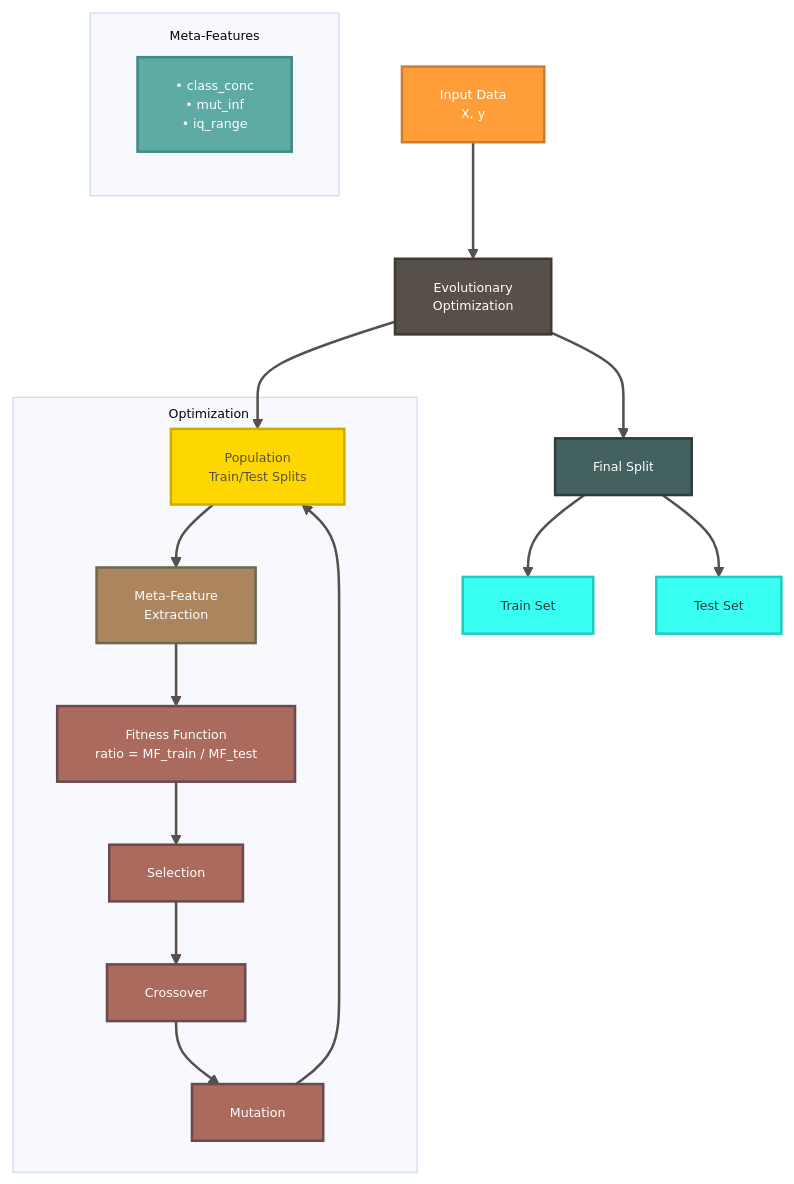
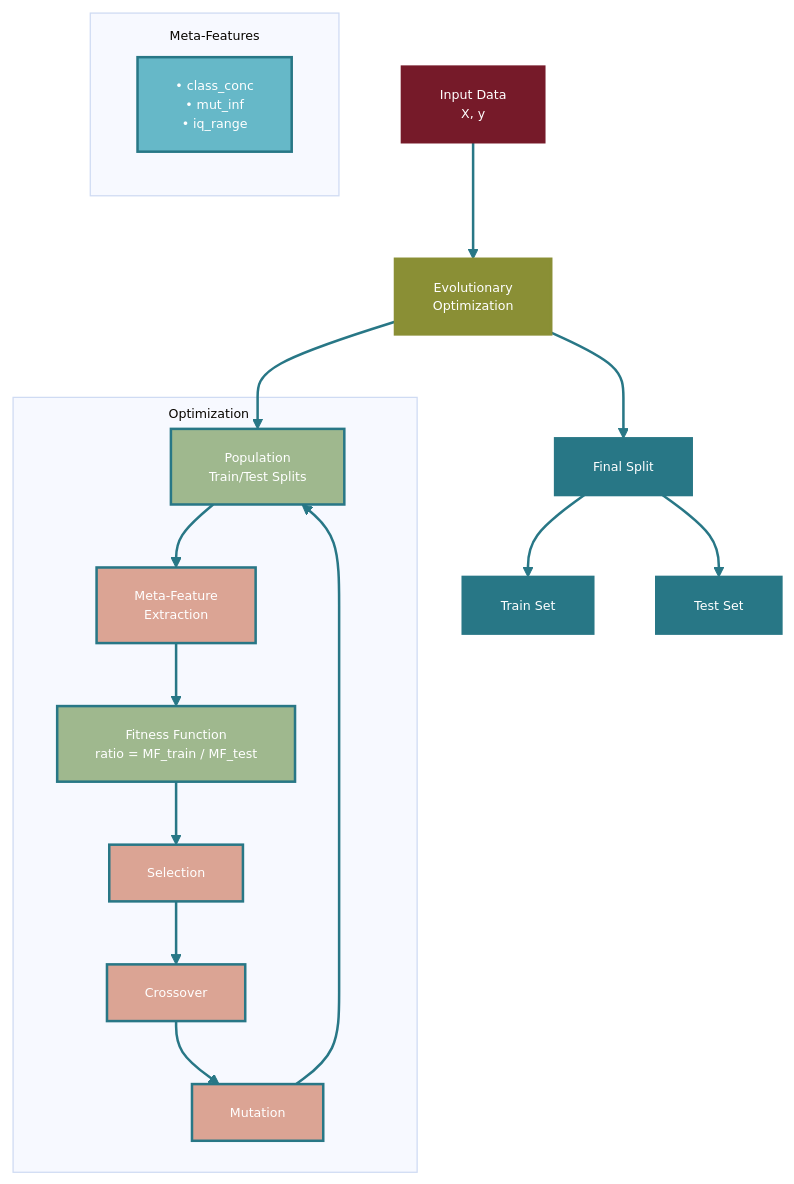
One commit to ITMO-NSS-team/OOD_Tab_Evaluation changed the first of 2 diagrams in README.md. Above: the diagram before and after it, drawn with Mermaid. The commit also changed other lines of this file, not shown here.

````diff
--- a/README.md
+++ b/README.md
@@ -54,37 +54,37 @@
 ```mermaid
 %%{init: {'theme': 'base', 'themeVariables': { 'fontSize': '10px' }}}%%
 graph TD
     A[Input Data<br/>X, y] --> C[Evolutionary<br/>Optimization]
     
     subgraph Meta-Features["<div style='text-align: center; margin-top: 10px;'>Meta-Features</div>"]
         D["• class_conc<br/>• mut_inf<br/>• iq_range"]
     end
     
     subgraph Optimization["<div style='text-align: right; margin-top: 5px; margin-right: 10px;'>Optimization</div>"]
         E["Population<br/>Train/Test Splits"] --> F["Meta-Feature<br/>Extraction"]
         F --> G["Fitness Function<br/>ratio = MF_train / MF_test"]
         G --> H["Selection"]
         H --> I["Crossover"]
         I --> J["Mutation"]
         J --> E
     end
     
     C --> E
     C --> K["Final Split"]
     K --> L["Train Set"] & M["Test Set"]
     
-    style A fill:#FF9E38,stroke:#CC7E2E,stroke-width:2px,color:#fff
-    style C fill:#57504A,stroke:#3D3A35,stroke-width:2px,color:#fff
-    style K fill:#43615F,stroke:#2A3F3D,stroke-width:2px,color:#fff
-    style L fill:#38FFF2,stroke:#1ECCC0,stroke-width:2px,color:#2A3F3D
-    style M fill:#38FFF2,stroke:#1ECCC0,stroke-width:2px,color:#2A3F3D
-    style D fill:#5EAAA5,stroke:#3E8A85,stroke-width:2px,color:#fff
-    style E fill:#FFD700,stroke:#CCAC00,stroke-width:2px,color:#57504A
-    style F fill:#AA855E,stroke:#6A6A4E,stroke-width:2px,color:#fff
-    style G fill:#AA6A5E,stroke:#6A4A4E,stroke-width:2px,color:#fff
-    style H fill:#AA6A5E,stroke:#6A4A4E,stroke-width:2px,color:#fff
-    style I fill:#AA6A5E,stroke:#6A4A4E,stroke-width:2px,color:#fff
-    style J fill:#AA6A5E,stroke:#6A4A4E,stroke-width:2px,color:#fff
+    style A fill:#761A29,stroke:#761A29,stroke-width:2px,color:#fff
+    style C fill:#8A8F35,stroke:#8A8F35,stroke-width:2px,color:#fff
+    style K fill:#287786,stroke:#287786,stroke-width:2px,color:#fff
+    style L fill:#287786,stroke:#287786,stroke-width:2px,color:#fff
+    style M fill:#287786,stroke:#287786,stroke-width:2px,color:#fff
+    style D fill:#66B8C8,stroke:#287786,stroke-width:2px,color:#fff
+    style E fill:#9FB88E,stroke:#287786,stroke-width:2px,color:#fff
+    style F fill:#DBA494,stroke:#287786,stroke-width:2px,color:#fff
+    style G fill:#9FB88E,stroke:#287786,stroke-width:2px,color:#fff
+    style H fill:#DBA494,stroke:#287786,stroke-width:2px,color:#fff
+    style I fill:#DBA494,stroke:#287786,stroke-width:2px,color:#fff
+    style J fill:#DBA494,stroke:#287786,stroke-width:2px,color:#fff
     
-    linkStyle default stroke:#57504A,stroke-width:2px
+    linkStyle default stroke:#287786,stroke-width:2px
 ```
````
